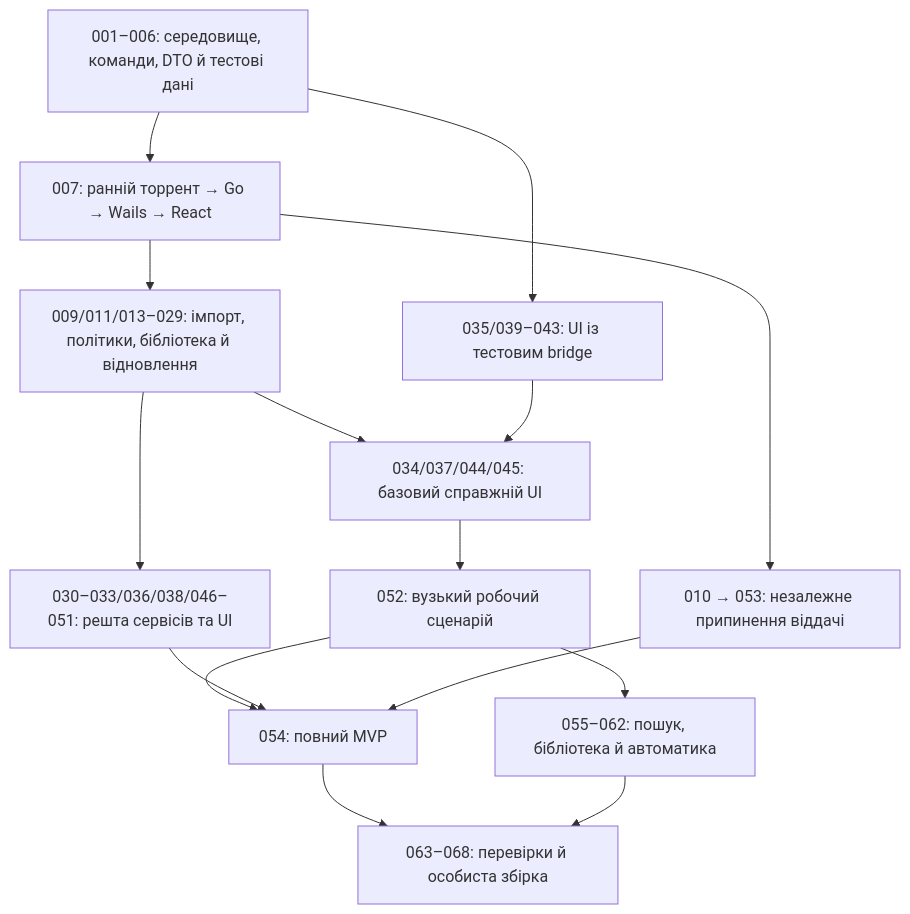
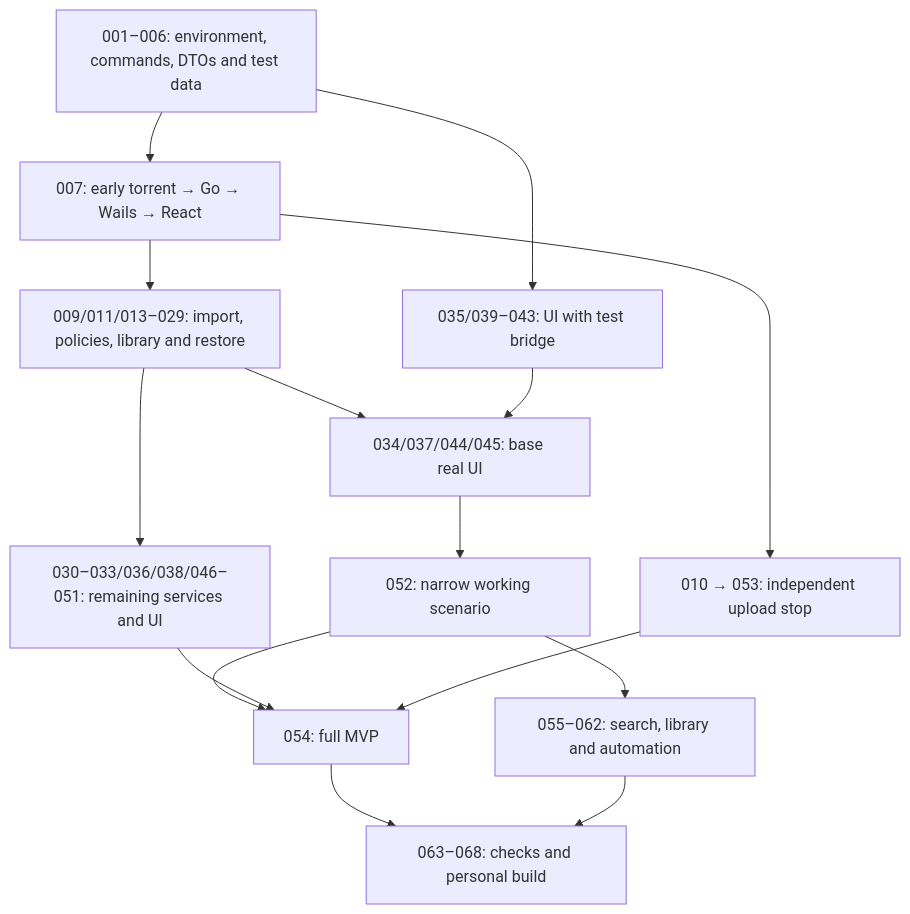
One commit to ytsykvas/octopus-torrent changed the diagram in tasks/README.md. Above: the diagram before and after it, drawn with Mermaid. The commit also changed other lines of this file and 90 other files, not shown here.

````diff
--- a/tasks/README.md
+++ b/tasks/README.md
@@ -103,17 +103,17 @@
 ```mermaid
 flowchart TD
-  A["001–006: середовище, команди, DTO й тестові дані"] --> B["007: ранній торрент → Go → Wails → React"]
-  B --> C["009/011/013–029: імпорт, політики, бібліотека й відновлення"]
-  A --> U["035/039–043: UI із тестовим bridge"]
-  C --> I["034/037/044/045: базовий справжній UI"]
+  A["001–006: environment, commands, DTOs and test data"] --> B["007: early torrent → Go → Wails → React"]
+  B --> C["009/011/013–029: import, policies, library and restore"]
+  A --> U["035/039–043: UI with test bridge"]
+  C --> I["034/037/044/045: base real UI"]
   U --> I
-  I --> K["052: вузький робочий сценарій"]
-  C --> X["030–033/036/038/046–051: решта сервісів та UI"]
-  B --> G["010 → 053: незалежне припинення віддачі"]
-  K --> M["054: повний MVP"]
+  I --> K["052: narrow working scenario"]
+  C --> X["030–033/036/038/046–051: remaining services and UI"]
+  B --> G["010 → 053: independent upload stop"]
+  K --> M["054: full MVP"]
   X --> M
   G --> M
-  K --> N["055–062: пошук, бібліотека й автоматика"]
-  M --> F["063–068: перевірки й особиста збірка"]
+  K --> N["055–062: search, library and automation"]
+  M --> F["063–068: checks and personal build"]
   N --> F
 ```
````
